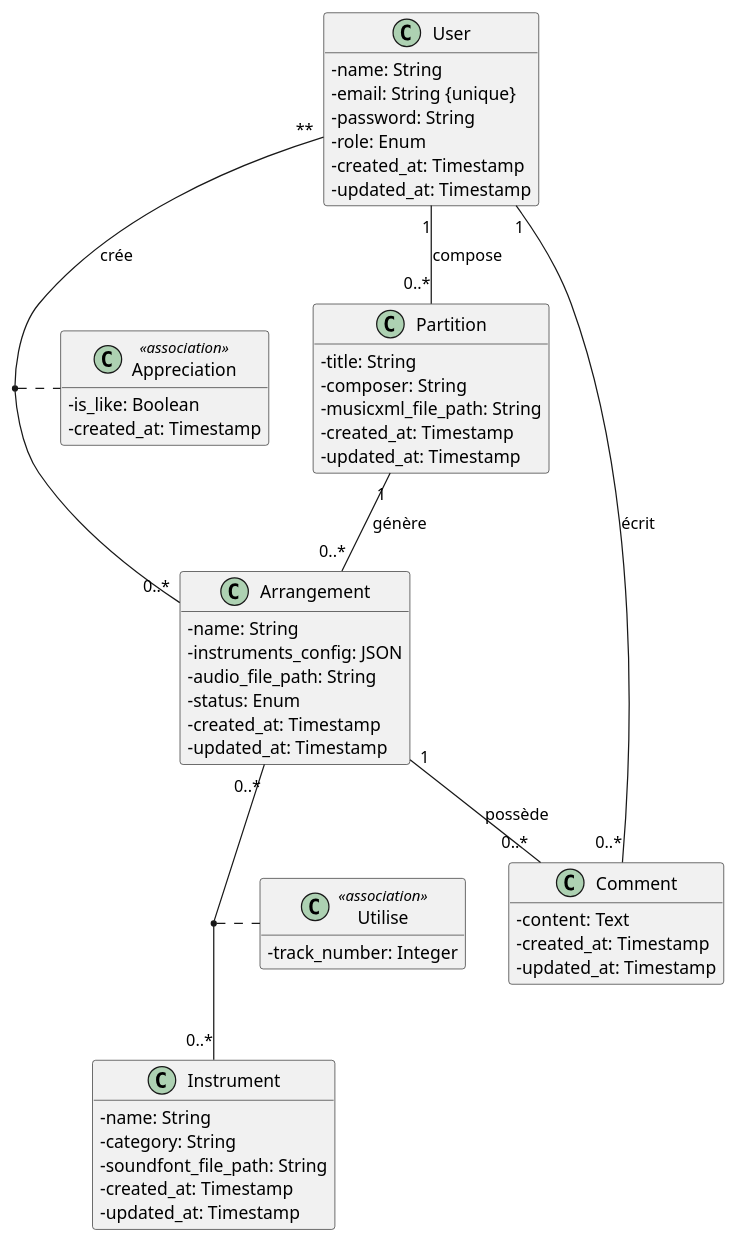
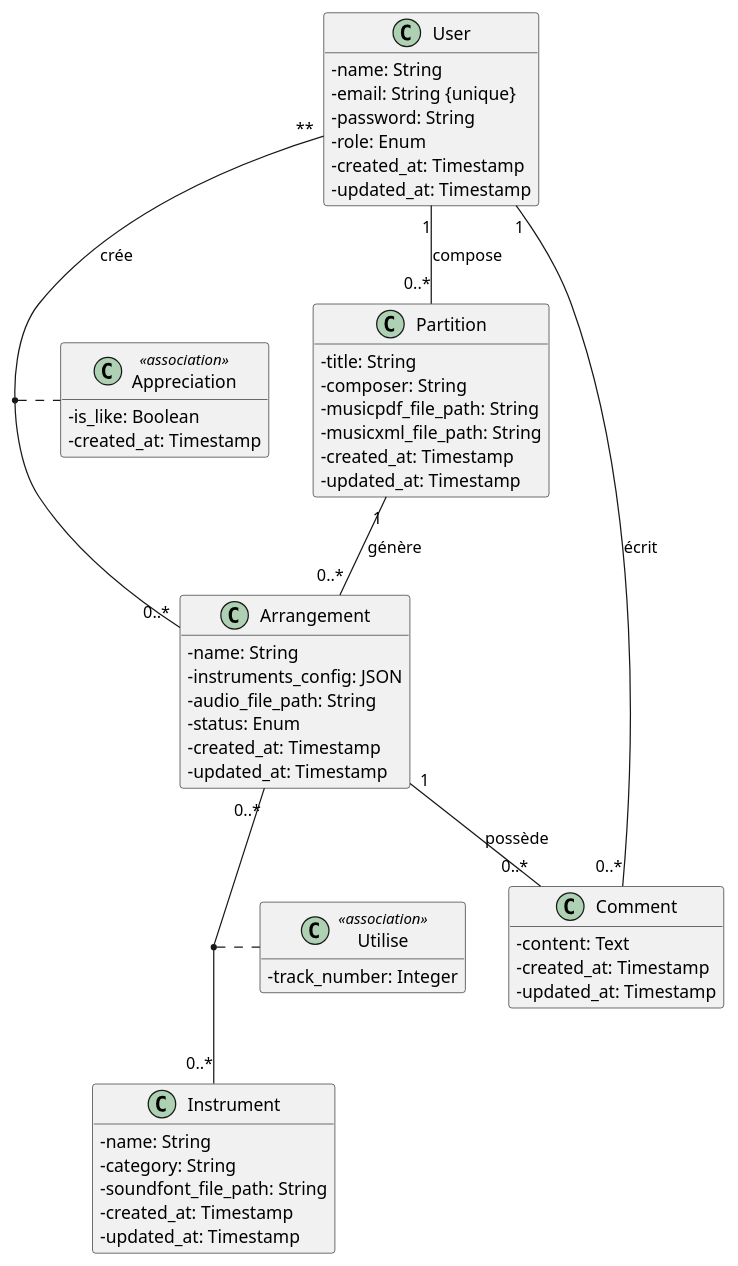
The first of 2 diagrams in README.md (OretrO/Len-Synphonie), drawn with PlantUML before and after one commit. The commit also changed other lines of this file and 6 other files, not shown here.

````diff
--- a/README.md
+++ b/README.md
@@ -108,62 +109,63 @@
 ```plantuml
 skinparam classAttributeIconSize 0
 hide empty members
 
 class User {
   - name: String
   - email: String {unique}
   - password: String
   - role: Enum
   - created_at: Timestamp
   - updated_at: Timestamp
 }
 
 class Partition {
   - title: String
   - composer: String
+  - musicpdf_file_path: String
   - musicxml_file_path: String
   - created_at: Timestamp
   - updated_at: Timestamp
 }
 
 class Arrangement {
   - name: String
   - instruments_config: JSON
   - audio_file_path: String
   - status: Enum
   - created_at: Timestamp
   - updated_at: Timestamp
 }
 
 class Instrument {
   - name: String
   - category: String
   - soundfont_file_path: String
   - created_at: Timestamp
   - updated_at: Timestamp
 }
 
 class Comment {
   - content: Text
   - created_at: Timestamp
   - updated_at: Timestamp
 }
 
 class Utilise <<association>> {
   - track_number: Integer
 }
 
 class Appreciation <<association>> {
   - is_like: Boolean
   - created_at: Timestamp
 }
 
 User "1" -- "0..*" Partition : compose
 User "**" -- "0..*" Arrangement : crée
 (User, Arrangement) .. Appreciation
 User "1" -- "0..*" Comment : écrit
 Partition "1" -- "0..*" Arrangement : génère
 Arrangement "1" -- "0..*" Comment : possède
 Arrangement "0..*" -- "0..*" Instrument
 (Arrangement, Instrument) .. Utilise
 ```
````
